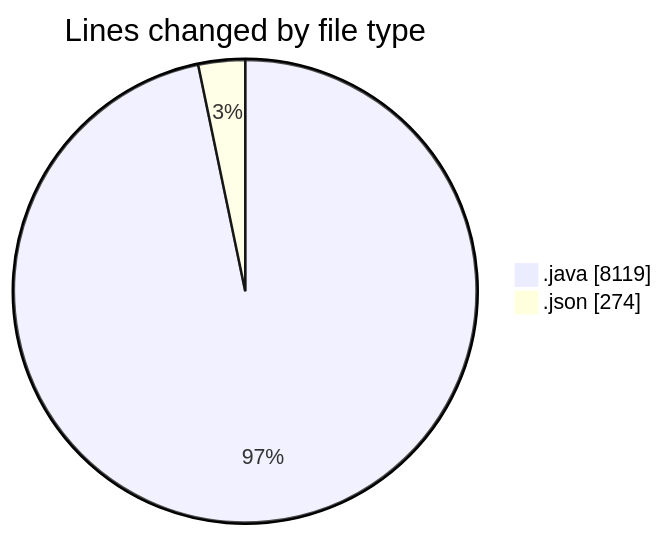
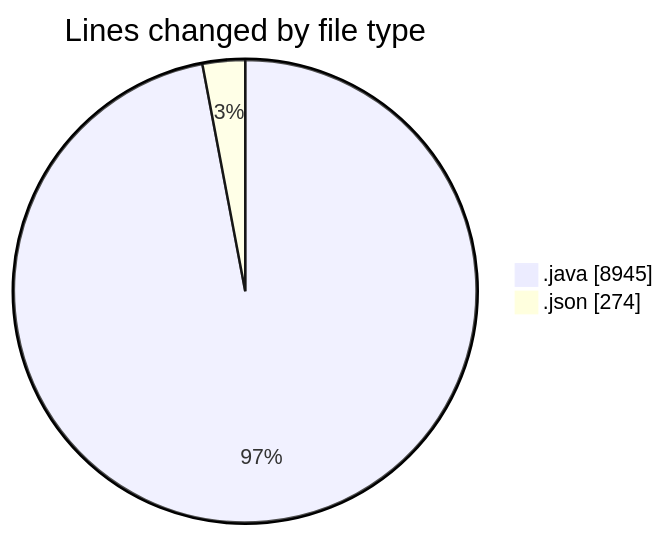
Before and after one commit to ricardozamudiocil/code-tracking: the first of 2 diagrams in 2026-09-03/cilapp/README.md, drawn with Mermaid. The commit also changed other lines of this file and 1 other file, not shown here.

````diff
--- a/2026-09-03/cilapp/README.md
+++ b/2026-09-03/cilapp/README.md
@@ -22,6 +23,6 @@
 ```mermaid
 pie showData
 title Lines changed by file type
-".java" : 8119
+".java" : 8945
 ".json" : 274
 ```
````
